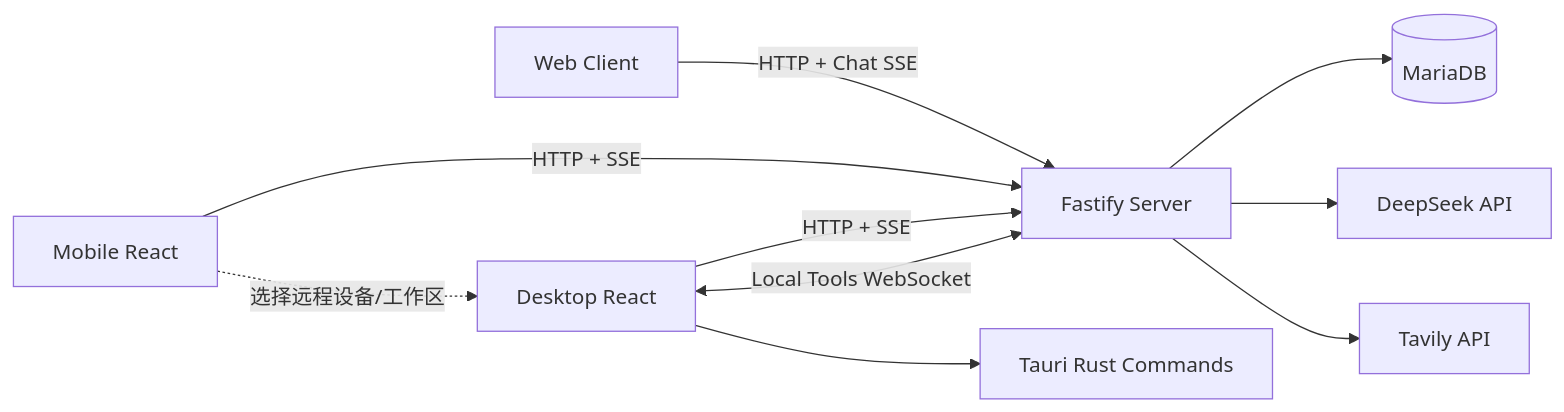
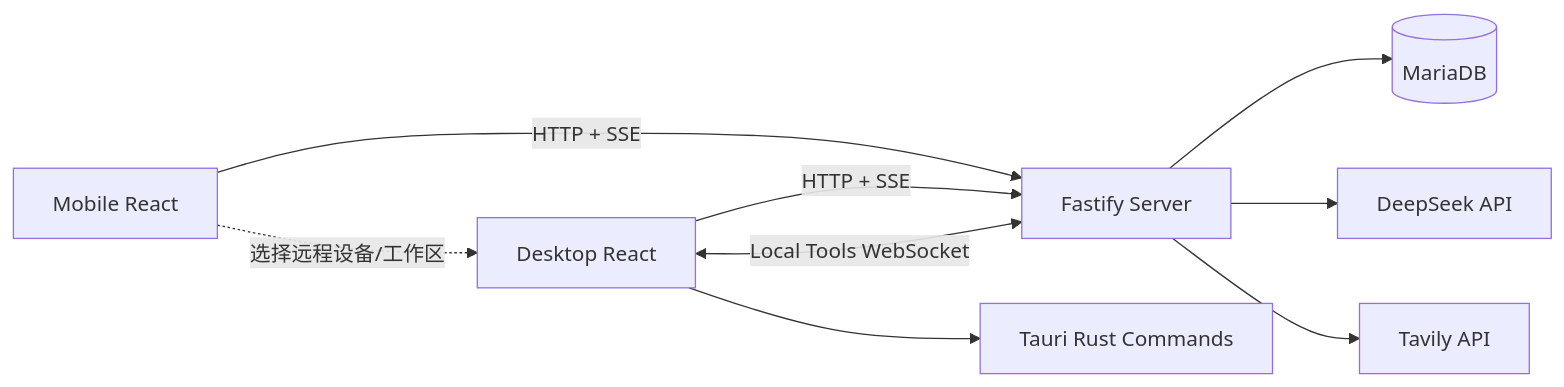
The first of 8 diagrams in README.md (wojustme/Muse), drawn with Mermaid before and after one commit. The commit also changed other lines of this file and 23 other files, not shown here.

````diff
--- a/README.md
+++ b/README.md
@@ -102,12 +99,11 @@
 ```mermaid
 flowchart LR
-  Web[Web Client] -->|HTTP + Chat SSE| Server[Fastify Server]
-  Desktop[Desktop React] -->|HTTP + SSE| Server
+  Desktop[Desktop React] -->|HTTP + SSE| Server[Fastify Server]
   Mobile[Mobile React] -->|HTTP + SSE| Server
   Desktop <-->|Local Tools WebSocket| Server
   Server --> DB[(MariaDB)]
   Server --> Model[DeepSeek API]
   Server --> Search[Tavily API]
   Desktop --> Tauri[Tauri Rust Commands]
   Mobile -. 选择远程设备/工作区 .-> Desktop
 ```
````
